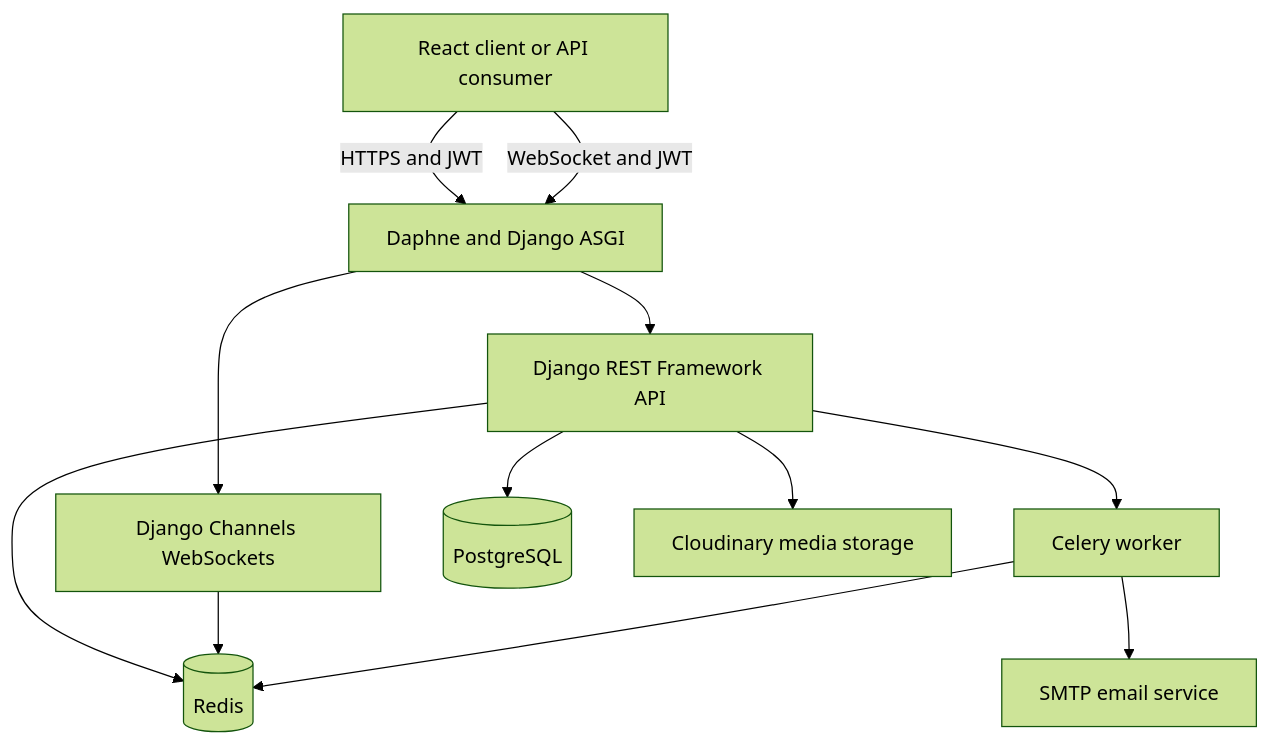
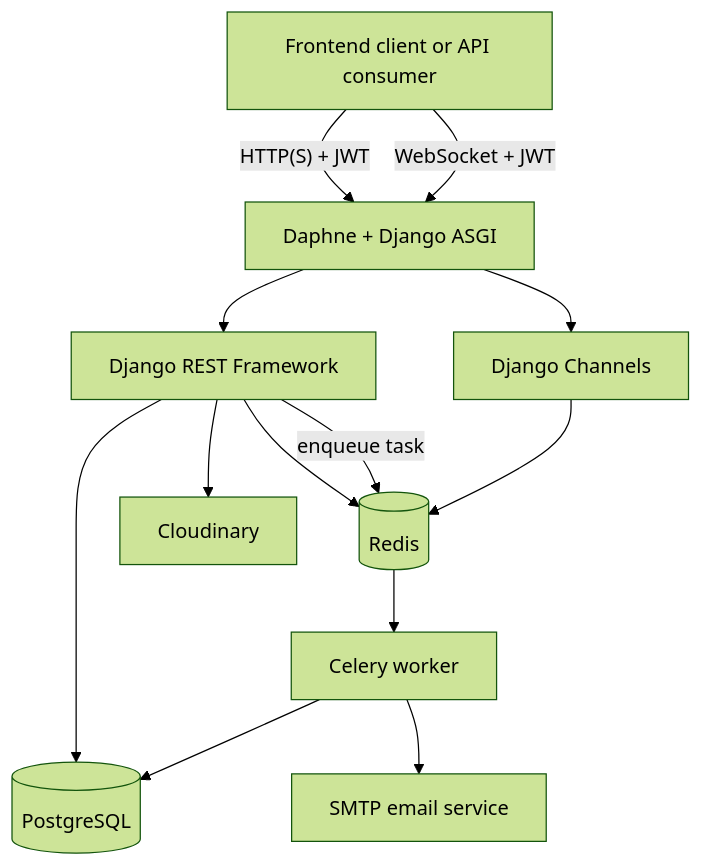
One commit to Sant7611/Student-Guidance-System changed the second of 3 diagrams in README.md. Above: the diagram before and after it, drawn with Mermaid (forest theme). The commit also changed other lines of this file, not shown here.

````diff
--- a/README.md
+++ b/README.md
@@ -132,24 +212,29 @@
 ```mermaid
 flowchart TB
-    Client["React client or API consumer"]
-    ASGI["Daphne and Django ASGI"]
-    API["Django REST Framework API"]
-    WS["Django Channels WebSockets"]
+    Client["Frontend client or API consumer"]
+    ASGI["Daphne + Django ASGI"]
+    API["Django REST Framework"]
+    WS["Django Channels"]
     Worker["Celery worker"]
     DB[("PostgreSQL")]
     Redis[("Redis")]
-    Media["Cloudinary media storage"]
+    Media["Cloudinary"]
     Email["SMTP email service"]
 
-    Client -->|"HTTPS and JWT"| ASGI
-    Client -->|"WebSocket and JWT"| ASGI
+    Client -->|"HTTP(S) + JWT"| ASGI
+    Client -->|"WebSocket + JWT"| ASGI
+
     ASGI --> API
     ASGI --> WS
+
     API --> DB
     API --> Redis
     API --> Media
-    API --> Worker
+    API -->|"enqueue task"| Redis
+
+    Redis --> Worker
+    Worker --> DB
+    Worker --> Email
+
     WS --> Redis
-    Worker --> Redis
-    Worker --> Email
 ```
````
